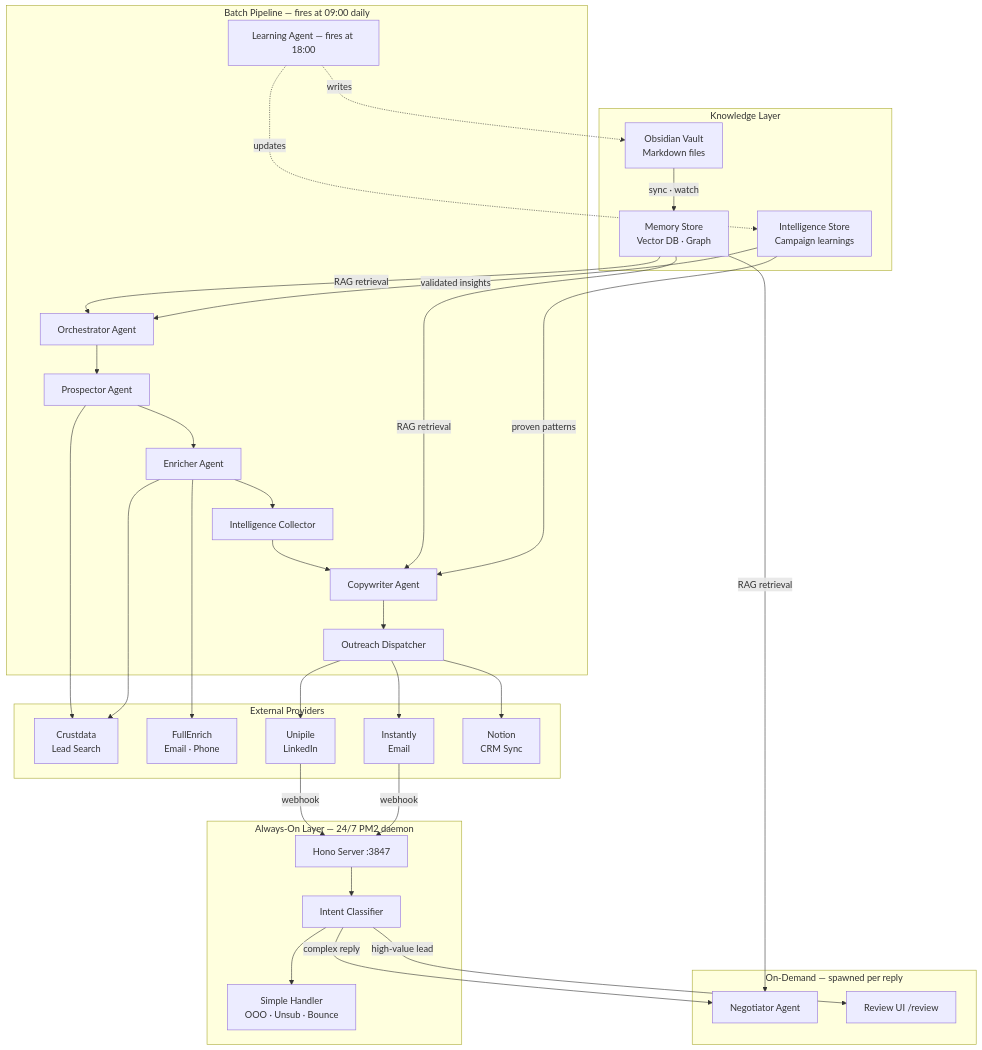
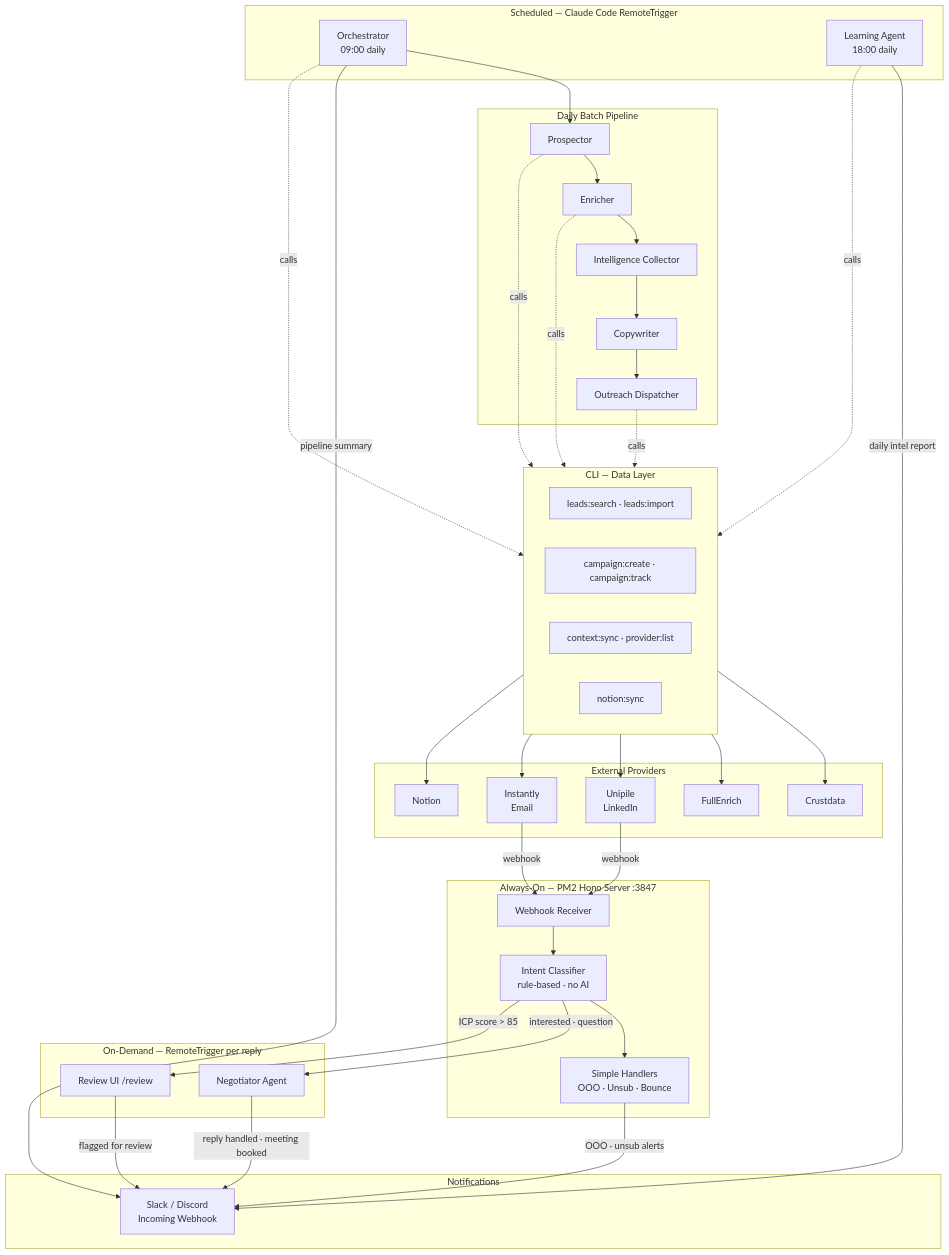
Before and after one commit to Nibalee/YALC-the-GTM-operating-system: the first of 5 diagrams in docs/AGENTIC-SYSTEM.md, drawn with Mermaid. The commit also changed other lines of this file and 2 other files, not shown here.

Commit message:
add Slack/Discord notifications, scheduled triggers, and 24/7 reply architecture

````diff
--- a/docs/AGENTIC-SYSTEM.md
+++ b/docs/AGENTIC-SYSTEM.md
@@ -34,64 +36,71 @@
 ```mermaid
 graph TB
-    subgraph BATCH["Batch Pipeline — fires at 09:00 daily"]
-        ORC[Orchestrator Agent]
-        PRO[Prospector Agent]
-        ENR[Enricher Agent]
-        INT[Intelligence Collector]
-        CPY[Copywriter Agent]
-        DIS[Outreach Dispatcher]
-        LRN[Learning Agent — fires at 18:00]
+    subgraph SCHEDULE["Scheduled — Claude Code RemoteTrigger"]
+        ORC[Orchestrator\n09:00 daily]
+        LRN[Learning Agent\n18:00 daily]
     end
 
-    subgraph ALWAYS["Always-On Layer — 24/7 PM2 daemon"]
-        SRV[Hono Server :3847]
-        CLS[Intent Classifier]
-        SMP[Simple Handler\nOOO · Unsub · Bounce]
+    subgraph PIPELINE["Daily Batch Pipeline"]
+        PRO[Prospector]
+        ENR[Enricher]
+        INT[Intelligence Collector]
+        CPY[Copywriter]
+        DIS[Outreach Dispatcher]
     end
 
-    subgraph ONDEMAND["On-Demand — spawned per reply"]
+    subgraph ALWAYS["Always-On — PM2 Hono Server :3847"]
+        WH[Webhook Receiver]
+        CLS[Intent Classifier\nrule-based · no AI]
+        SMP[Simple Handlers\nOOO · Unsub · Bounce]
+    end
+
+    subgraph ONDEMAND["On-Demand — RemoteTrigger per reply"]
         NEG[Negotiator Agent]
         REV[Review UI /review]
     end
 
+    subgraph NOTIFY["Notifications"]
+        SLK[Slack / Discord\nIncoming Webhook]
+    end
+
+    subgraph CLI["CLI — Data Layer"]
+        C1[leads:search · leads:import]
+        C2[campaign:create · campaign:track]
+        C3[context:sync · provider:list]
+        C4[notion:sync]
+    end
+
     subgraph PROVIDERS["External Providers"]
-        CRU[Crustdata\nLead Search]
-        FUL[FullEnrich\nEmail · Phone]
+        CRU[Crustdata]
+        FUL[FullEnrich]
         UNI[Unipile\nLinkedIn]
         INS[Instantly\nEmail]
-        NOT[Notion\nCRM Sync]
-    end
-
-    subgraph KNOWLEDGE["Knowledge Layer"]
-        OBS[Obsidian Vault\nMarkdown files]
-        MEM[Memory Store\nVector DB · Graph]
-        IQ[Intelligence Store\nCampaign learnings]
+        NOT[Notion]
     end
 
     ORC --> PRO --> ENR --> INT --> CPY --> DIS
-    LRN -.->|updates| IQ
-    LRN -.->|writes| OBS
+    ORC -.->|calls| CLI
+    PRO -.->|calls| CLI
+    ENR -.->|calls| CLI
+    DIS -.->|calls| CLI
+    LRN -.->|calls| CLI
 
-    DIS --> UNI
-    DIS --> INS
-    DIS --> NOT
+    CLI --> CRU
+    CLI --> FUL
+    CLI --> UNI
+    CLI --> INS
+    CLI --> NOT
 
-    PRO --> CRU
-    ENR --> FUL
-    ENR --> CRU
+    UNI -->|webhook| WH
+    INS -->|webhook| WH
+    WH --> CLS
+    CLS --> SMP
+    CLS -->|interested · question| NEG
+    CLS -->|ICP score > 85| REV
 
-    UNI -->|webhook| SRV
-    INS -->|webhook| SRV
-
-    SRV --> CLS
-    CLS --> SMP
-    CLS -->|complex reply| NEG
-    CLS -->|high-value lead| REV
-
-    OBS -->|sync · watch| MEM
-    MEM -->|RAG retrieval| ORC
-    MEM -->|RAG retrieval| CPY
-    MEM -->|RAG retrieval| NEG
-    IQ -->|validated insights| ORC
-    IQ -->|proven patterns| CPY
+    ORC -->|pipeline summary| SLK
+    NEG -->|reply handled · meeting booked| SLK
+    REV -->|flagged for review| SLK
+    LRN -->|daily intel report| SLK
+    SMP -->|OOO · unsub alerts| SLK
 ```
````
